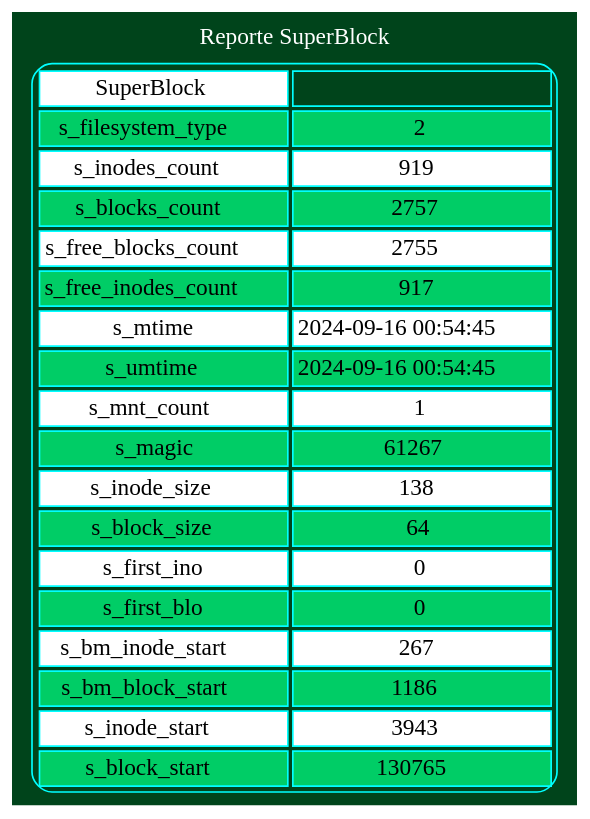
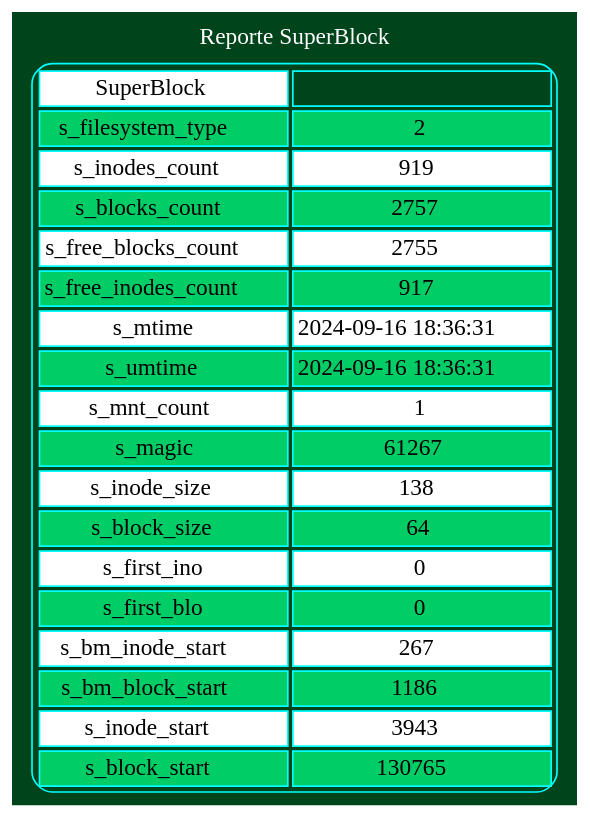
Before and after one commit to Josue013/MIA_2S_P1_202202481: the diagram in output/reporteSB.dot, drawn with Graphviz. The commit also changed 25 other files, not shown here.

```diff
--- a/output/reporteSB.dot
+++ b/output/reporteSB.dot
@@ -1,22 +1,22 @@
 digraph grid {bgcolor="#00441b" fontcolor="white" label=" Reporte SuperBlock "layout=dot labelloc = "t"edge [weigth=1000 style=dashed color=red4 dir = "both" arrowtail="open" arrowhead="open"]a0[shape=none, color=cyan, label=<
 <TABLE cellspacing="3" cellpadding="2" style="rounded" >
 <TR><TD bgcolor="white">SuperBlock</TD><TD></TD></TR>
 <TR><TD bgcolor="springgreen3">s_filesystem_type</TD><TD bgcolor="springgreen3">2</TD></TR>
 <TR><TD bgcolor="white">s_inodes_count</TD><TD bgcolor="white">919</TD></TR>
 <TR><TD bgcolor="springgreen3">s_blocks_count</TD><TD bgcolor="springgreen3">2757</TD></TR>
 <TR><TD bgcolor="white">s_free_blocks_count</TD><TD bgcolor="white">2755</TD></TR>
 <TR><TD bgcolor="springgreen3">s_free_inodes_count</TD><TD bgcolor="springgreen3">917</TD></TR>
-<TR><TD bgcolor="white">s_mtime</TD><TD bgcolor="white">2024-09-16 00:54:45</TD></TR>
-<TR><TD bgcolor="springgreen3">s_umtime</TD><TD bgcolor="springgreen3">2024-09-16 00:54:45</TD></TR>
+<TR><TD bgcolor="white">s_mtime</TD><TD bgcolor="white">2024-09-16 18:36:31</TD></TR>
+<TR><TD bgcolor="springgreen3">s_umtime</TD><TD bgcolor="springgreen3">2024-09-16 18:36:31</TD></TR>
 <TR><TD bgcolor="white">s_mnt_count</TD><TD bgcolor="white">1</TD></TR>
 <TR><TD bgcolor="springgreen3">s_magic</TD><TD bgcolor="springgreen3">61267</TD></TR>
 <TR><TD bgcolor="white">s_inode_size</TD><TD bgcolor="white">138</TD></TR>
 <TR><TD bgcolor="springgreen3">s_block_size</TD><TD bgcolor="springgreen3">64</TD></TR>
 <TR><TD bgcolor="white">s_first_ino</TD><TD bgcolor="white">0</TD></TR>
 <TR><TD bgcolor="springgreen3">s_first_blo</TD><TD bgcolor="springgreen3">0</TD></TR>
 <TR><TD bgcolor="white">s_bm_inode_start</TD><TD bgcolor="white">267</TD></TR>
 <TR><TD bgcolor="springgreen3">s_bm_block_start</TD><TD bgcolor="springgreen3">1186</TD></TR>
 <TR><TD bgcolor="white">s_inode_start</TD><TD bgcolor="white">3943</TD></TR>
 <TR><TD bgcolor="springgreen3">s_block_start</TD><TD bgcolor="springgreen3">130765</TD></TR>
 </TABLE>>];
 }
```
